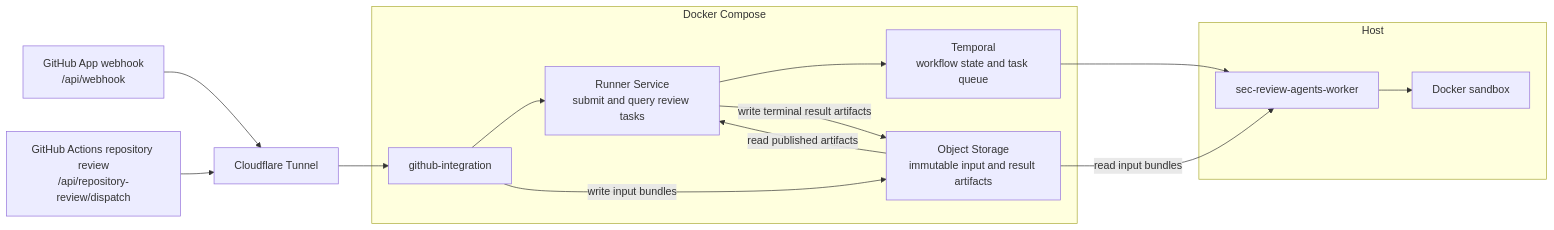
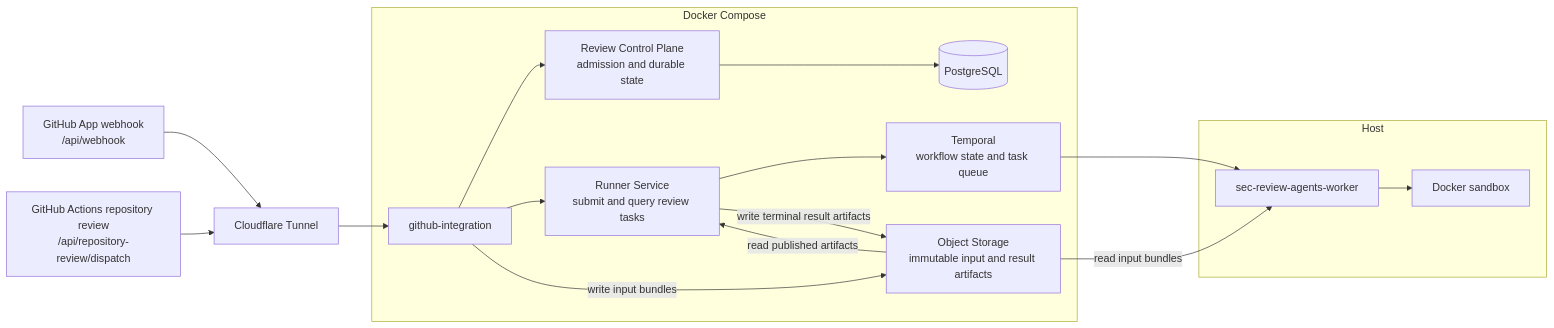
The diagram in docs/operations/LOCAL_INTEGRATED_DEPLOYMENT.md (Agent-AI-Chalmers/sec-review-bot), drawn with Mermaid before and after one commit. The commit also changed other lines of this file and 55 other files, not shown here.

Commit message:
feat(control-plane): establish independent review coordination service

````diff
--- a/docs/operations/LOCAL_INTEGRATED_DEPLOYMENT.md
+++ b/docs/operations/LOCAL_INTEGRATED_DEPLOYMENT.md
@@ -11,21 +11,23 @@
 ```mermaid
 flowchart LR
     webhook["GitHub App webhook<br/>/api/webhook"] --> tunnel["Cloudflare Tunnel"]
     dispatch["GitHub Actions repository review<br/>/api/repository-review/dispatch"] --> tunnel
 
     subgraph compose["Docker Compose"]
-        integration["github-integration"] --> runner["Runner Service<br/>submit and query review tasks"]
+        integration["github-integration"] --> control["Review Control Plane<br/>admission and durable state"]
+        integration --> runner["Runner Service<br/>submit and query review tasks"]
+        control --> postgres[(PostgreSQL)]
         runner --> temporal["Temporal<br/>workflow state and task queue"]
         integration -->|write input bundles| storage["Object Storage<br/>immutable input and result artifacts"]
         runner -->|write terminal result artifacts| storage
     end
 
     subgraph host["Host"]
         worker["sec-review-agents-worker"] --> sandbox["Docker sandbox"]
     end
 
     tunnel --> integration
     temporal --> worker
     storage -->|read input bundles| worker
     storage -->|read published artifacts| runner
 ```
````
